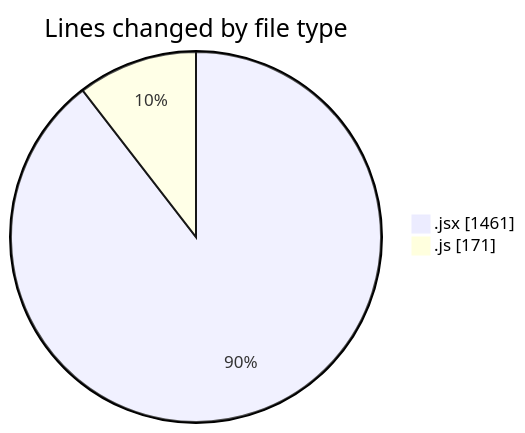
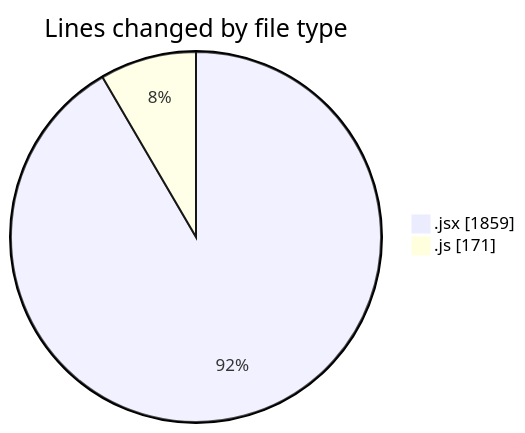
One commit to nxtqubesakshisongat/code-tracking changed the first of 2 diagrams in 2025-07-09/argos/README.md. Above: the diagram before and after it, drawn with Mermaid. The commit also changed other lines of this file and 1 other file, not shown here.

````diff
--- a/2025-07-09/argos/README.md
+++ b/2025-07-09/argos/README.md
@@ -22,6 +23,6 @@
 ```mermaid
 pie showData
 title Lines changed by file type
-".jsx" : 1461
+".jsx" : 1859
 ".js" : 171
 ```
````
